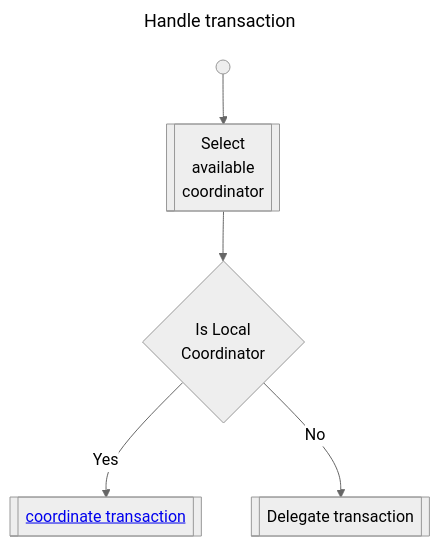
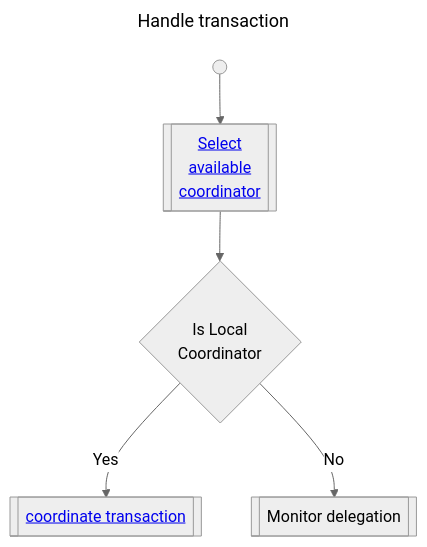
Diagram 20 of 22 in doc-site/docs/architecture/distributed_sequencer.md (matthew1001/paladin), drawn with Mermaid (neutral theme) before and after one commit. The commit also changed other lines of this file and 4 other files, not shown here.

````diff
--- a/doc-site/docs/architecture/distributed_sequencer.md
+++ b/doc-site/docs/architecture/distributed_sequencer.md
@@ -1287,17 +1307,17 @@
 ```mermaid
 ---
 title: Handle transaction
 ---
 flowchart TB
     Start@{ shape: sm-circ, label: "Start" }
-    A@{ shape: fr-rect, label: "Select<br/>available<br/>coordinator" }
+    A@{ shape: fr-rect, label: "<a href="subprocess-select-coordinator">Select<br/>available<br/>coordinator</a>" }
     B@{ shape: diam, label: "Is Local<br/>Coordinator" }
     C@{ shape: fr-rect, label: "<a href="#subprocess-coordinate-transaction">coordinate transaction</a>" }
-    D@{ shape: fr-rect, label: "Delegate transaction" }
+    D@{ shape: fr-rect, label: "Monitor delegation" }
     
     Start-->A
     A --> B
     B --> |Yes| C
     B --> |No| D
 
 ```
````
